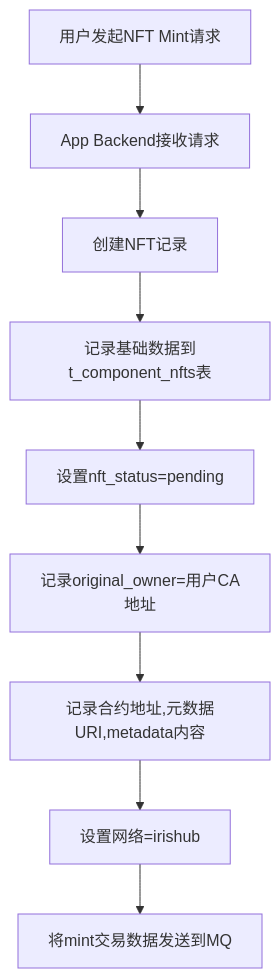
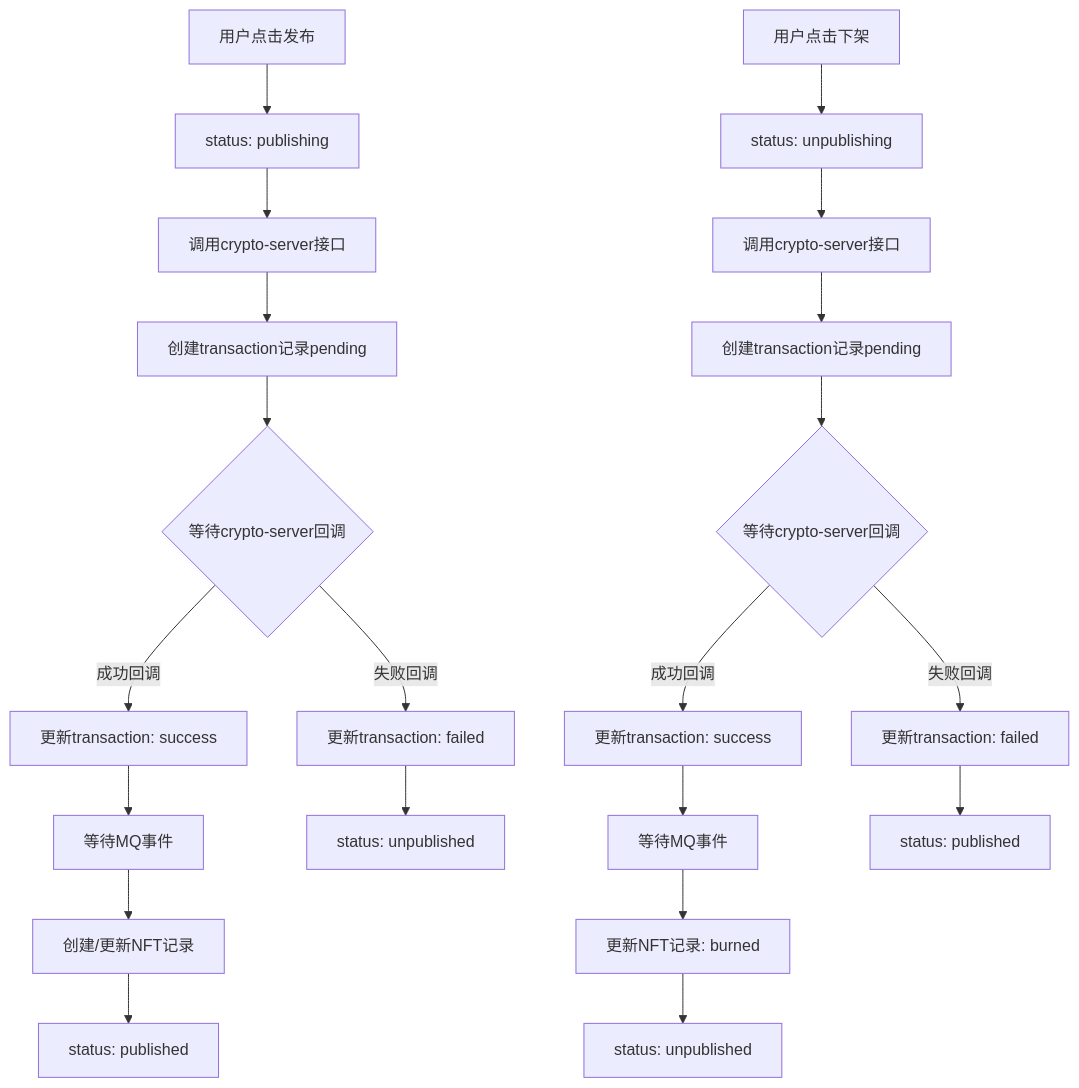
Before and after one commit to yingjianzh/iodraw-files: the diagram in all/未命名-74.md, drawn with Mermaid.

Commit message:
2025-07-07 15:50:31 update

````diff
--- a/all/未命名-74.md
+++ b/all/未命名-74.md
@@ -1,13 +1,30 @@
 ```mermaid
 
 graph TD
-    A[用户发起NFT Mint请求] --> B[App Backend接收请求]
-    B --> C[创建NFT记录]
-    C --> D[记录基础数据到t_component_nfts表]
-    D --> E[设置nft_status=pending]
-    E --> F[记录original_owner=用户CA地址]
-    F --> G[记录合约地址,元数据URI,metadata内容]
-    G --> H[设置网络=irishub]
-    H --> 将mint交易数据发送到MQ
+    A[用户点击发布] --> B[status: publishing]
+    B --> C[调用crypto-server接口]
+    C --> D[创建transaction记录pending]
+    D --> E{等待crypto-server回调}
+    
+    E -->|成功回调| F[更新transaction: success]
+    F --> G[等待MQ事件]
+    G --> H[创建/更新NFT记录]
+    H --> I[status: published]
+    
+    E -->|失败回调| J[更新transaction: failed]
+    J --> K[status: unpublished]
+    
+    L[用户点击下架] --> M[status: unpublishing]
+    M --> N[调用crypto-server接口]
+    N --> O[创建transaction记录pending]
+    O --> P{等待crypto-server回调}
+    
+    P -->|成功回调| Q[更新transaction: success]
+    Q --> R[等待MQ事件]
+    R --> S[更新NFT记录: burned]
+    S --> T[status: unpublished]
+    
+    P -->|失败回调| U[更新transaction: failed]
+    U --> V[status: published]
 
 ```
````
